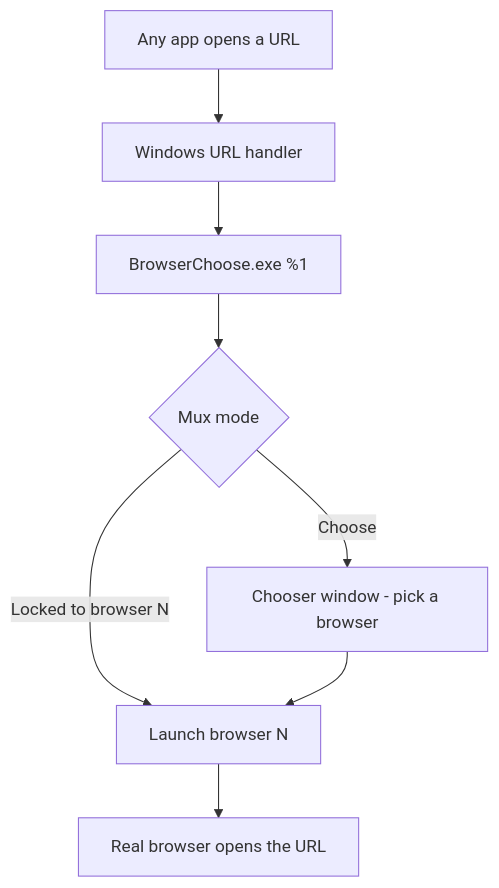
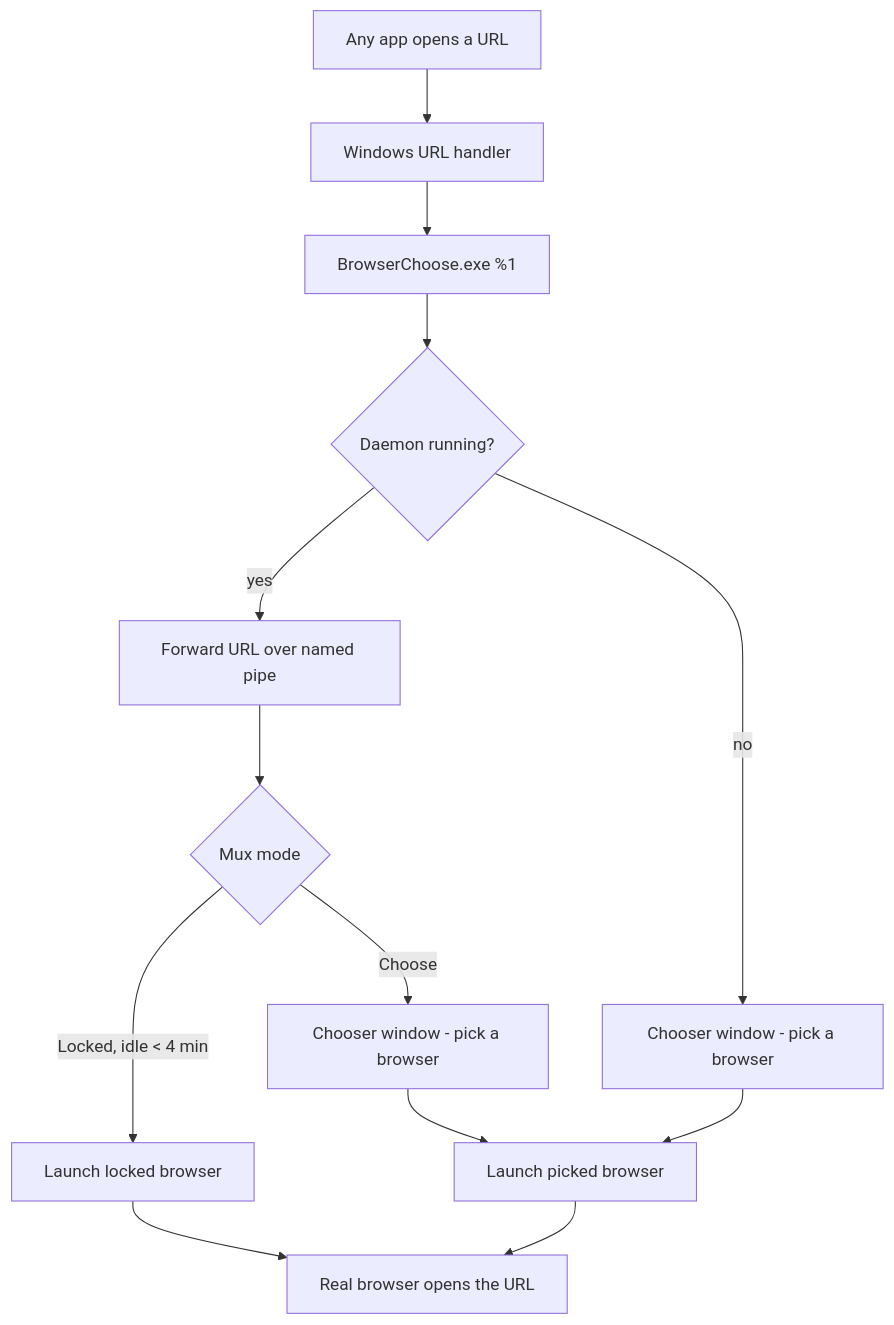
One commit to zvodd/browserchoose changed the diagram in readme.md. Above: the diagram before and after it, drawn with Mermaid. The commit also changed other lines of this file and 18 other files, not shown here.

Commit message:
Replace systray with Fyne tray and add named-pipe URL forwarding

````diff
--- a/readme.md
+++ b/readme.md
@@ -16,10 +16,15 @@
 ```mermaid
 flowchart TD
     A[Any app opens a URL] --> B[Windows URL handler]
     B --> C[BrowserChoose.exe %1]
-    C --> D{Mux mode}
-    D -->|Choose| E[Chooser window - pick a browser]
-    D -->|Locked to browser N| F[Launch browser N]
-    E --> F
-    F --> G[Real browser opens the URL]
+    C --> D{Daemon running?}
+    D -->|yes| E[Forward URL over named pipe]
+    D -->|no| F[Chooser window - pick a browser]
+    E --> G{Mux mode}
+    G -->|Locked, idle < 4 min| H[Launch locked browser]
+    G -->|Choose| I[Chooser window - pick a browser]
+    I --> J[Launch picked browser]
+    H --> K[Real browser opens the URL]
+    J --> K
+    F --> J
 ```
````
